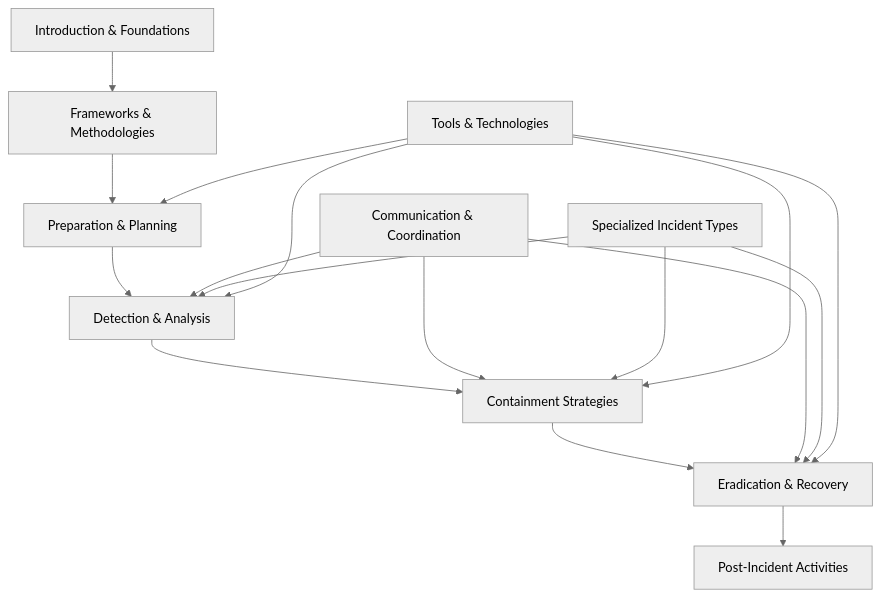
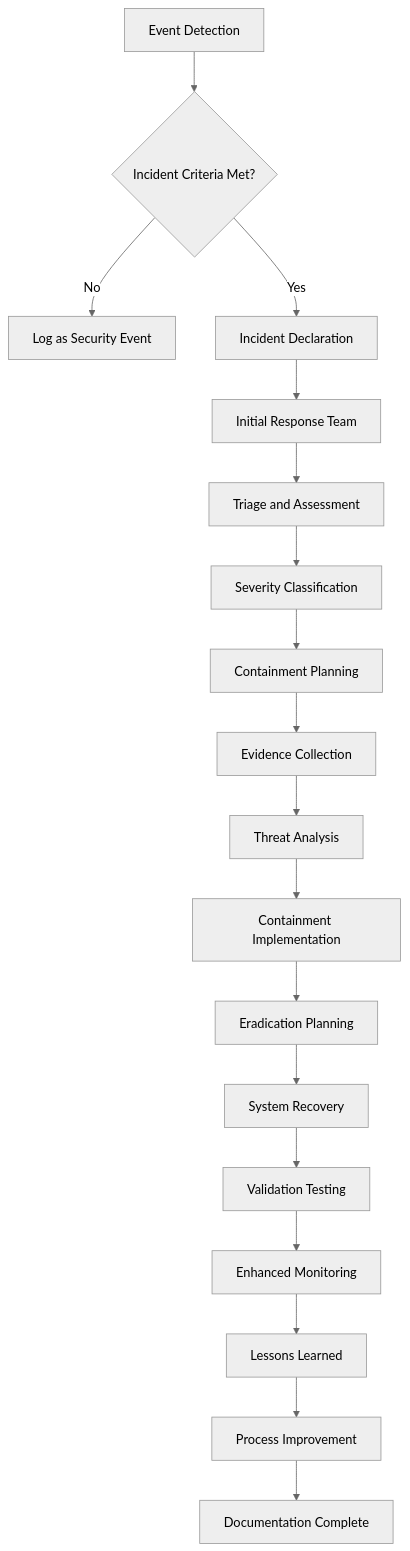
One commit to d3vhackz/BTL1 changed the first of 2 diagrams in 06-incident-response/README.md. Above: the diagram before and after it, drawn with Mermaid (neutral theme). The commit also changed other lines of this file, not shown here.

````diff
--- a/06-incident-response/README.md
+++ b/06-incident-response/README.md
@@ -21,22 +92,26 @@
 ```mermaid
 graph TD
-    A[Introduction & Foundations] --> B[Frameworks & Methodologies]
-    B --> C[Preparation & Planning]
-    C --> D[Detection & Analysis]
-    D --> E[Containment Strategies]
-    E --> F[Eradication & Recovery]
-    F --> G[Post-Incident Activities]
+    A[Event Detection] --> B{Incident Criteria Met?}
     
-    H[Communication & Coordination] --> D
-    H --> E
-    H --> F
+    B -->|No| C[Log as Security Event]
+    B -->|Yes| D[Incident Declaration]
     
-    I[Specialized Incident Types] --> D
-    I --> E
-    I --> F
+    D --> E[Initial Response Team]
+    E --> F[Triage and Assessment]
+    F --> G[Severity Classification]
     
-    J[Tools & Technologies] --> C
-    J --> D
-    J --> E
-    J --> F
+    G --> H[Containment Planning]
+    H --> I[Evidence Collection]
+    I --> J[Threat Analysis]
+    
+    J --> K[Containment Implementation]
+    K --> L[Eradication Planning]
+    L --> M[System Recovery]
+    
+    M --> N[Validation Testing]
+    N --> O[Enhanced Monitoring]
+    O --> P[Lessons Learned]
+    
+    P --> Q[Process Improvement]
+    Q --> R[Documentation Complete]
 ```
````
